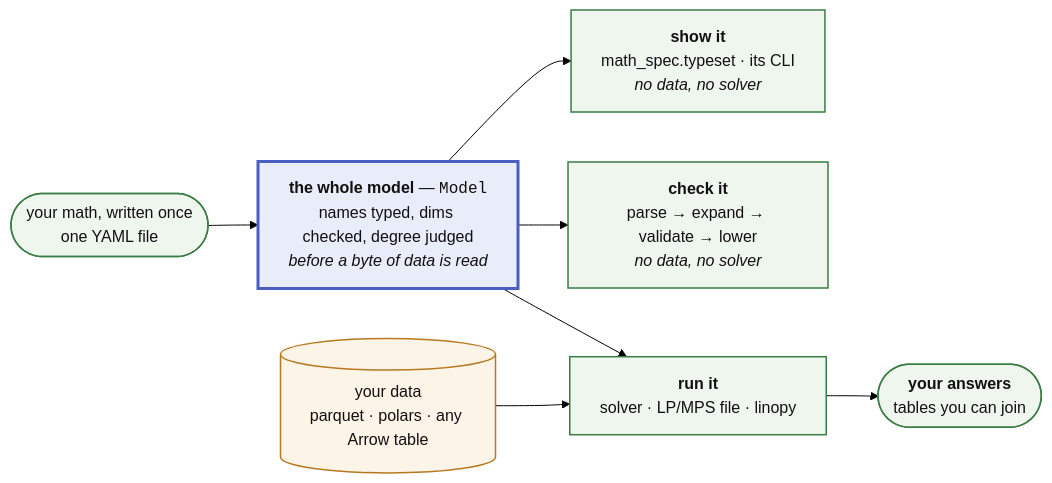
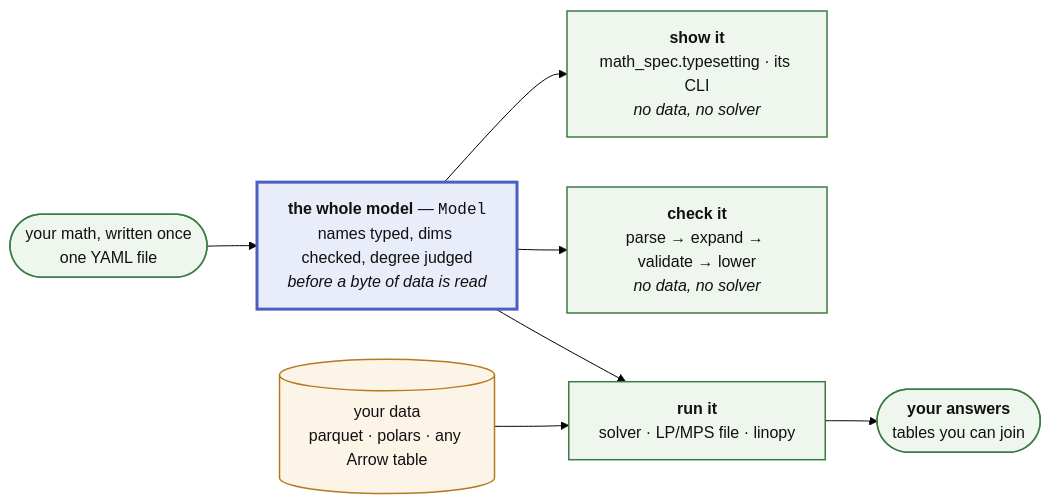
The second of 2 diagrams in docs/about/architecture.md (FBumann/linopy-yaml), drawn with Mermaid (forest theme) before and after one commit. The commit also changed other lines of this file and 8 other files, not shown here.

````diff
--- a/docs/about/architecture.md
+++ b/docs/about/architecture.md
@@ -158,16 +158,16 @@
 ```mermaid
 flowchart LR
     Y(["your math, written once<br/>one YAML file"]) --> AST
     AST["<b>the whole model</b> — <code>Model</code><br/>names typed, dims checked, degree judged<br/><i>before a byte of data is read</i>"]
-    AST --> SHOW["<b>show it</b><br/>math_spec.typeset · its CLI<br/><i>no data, no solver</i>"]
+    AST --> SHOW["<b>show it</b><br/>math_spec.typesetting · its CLI<br/><i>no data, no solver</i>"]
     AST --> CHECK["<b>check it</b><br/>parse → expand → validate → lower<br/><i>no data, no solver</i>"]
     AST --> RUN["<b>run it</b><br/>solver · LP/MPS file · linopy"]
     DATA[("your data<br/>parquet · polars · any Arrow table")] --> RUN
     RUN --> ANS(["<b>your answers</b><br/>tables you can join"])
     classDef built fill:#eef6ee,stroke:#3a7d44,stroke-width:1.5px,color:#111
     classDef waist fill:#e9edfa,stroke:#4a5fc1,stroke-width:3px,color:#111
     classDef data fill:#fdf4e8,stroke:#b7791f,stroke-width:1.5px,color:#111
     class Y,SHOW,CHECK,RUN,ANS built
     class AST waist
     class DATA data
 ```
````
